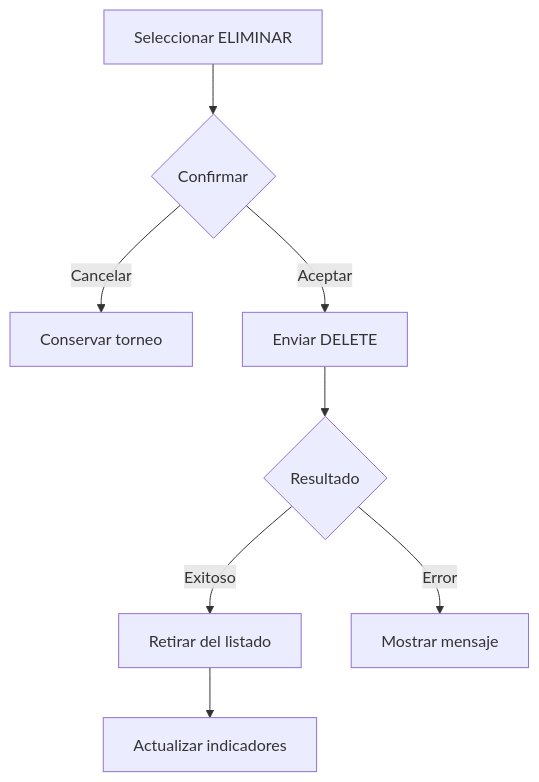
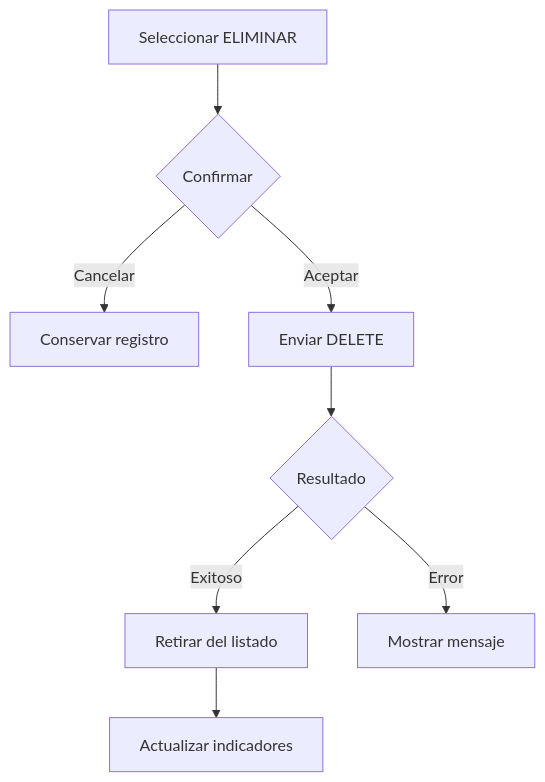
The seventh of 18 diagrams in docs/ARQUITECTURA.md (fbacalini90/ALTO-SISTEMA), drawn with Mermaid before and after one commit. The commit also changed other lines of this file and 31 other files, not shown here.

````diff
--- a/docs/ARQUITECTURA.md
+++ b/docs/ARQUITECTURA.md
@@ -818,10 +961,10 @@
 ```mermaid
 flowchart TD
     A[Seleccionar ELIMINAR] --> B{Confirmar}
-    B -->|Cancelar| C[Conservar torneo]
+    B -->|Cancelar| C[Conservar registro]
     B -->|Aceptar| D[Enviar DELETE]
     D --> E{Resultado}
     E -->|Exitoso| F[Retirar del listado]
     F --> G[Actualizar indicadores]
     E -->|Error| H[Mostrar mensaje]
 ```
````
